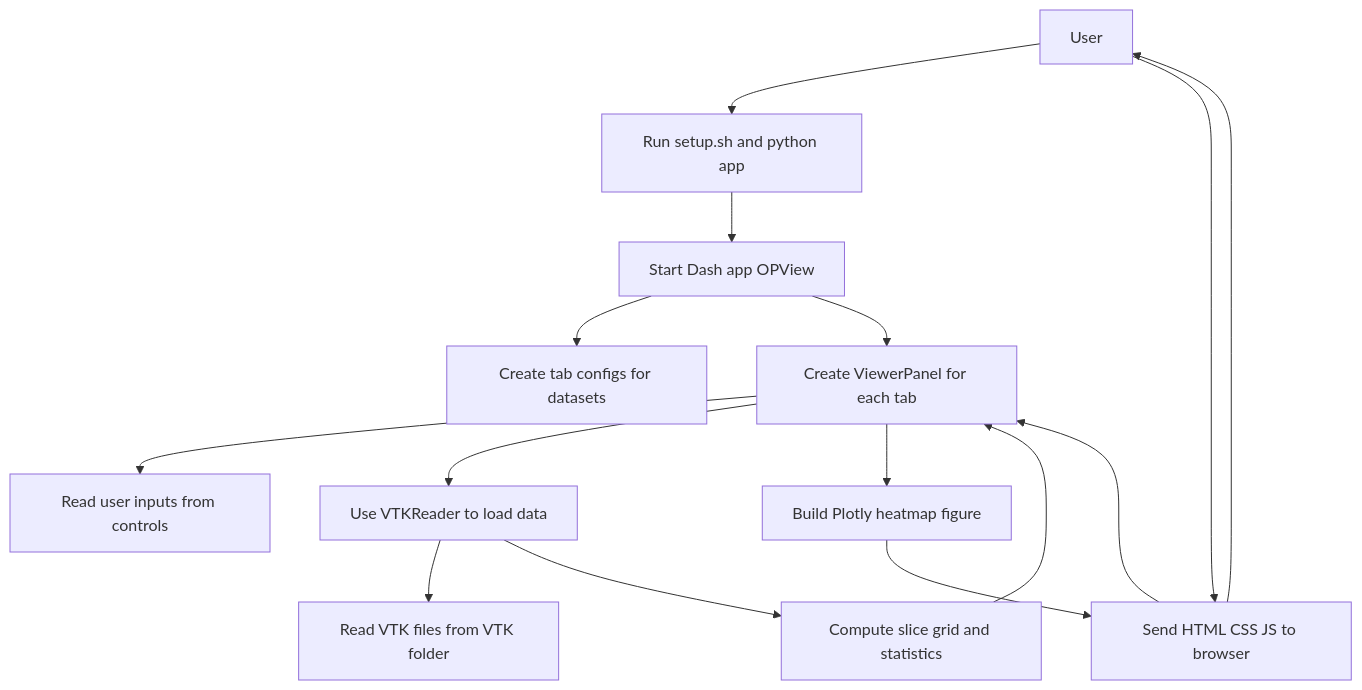
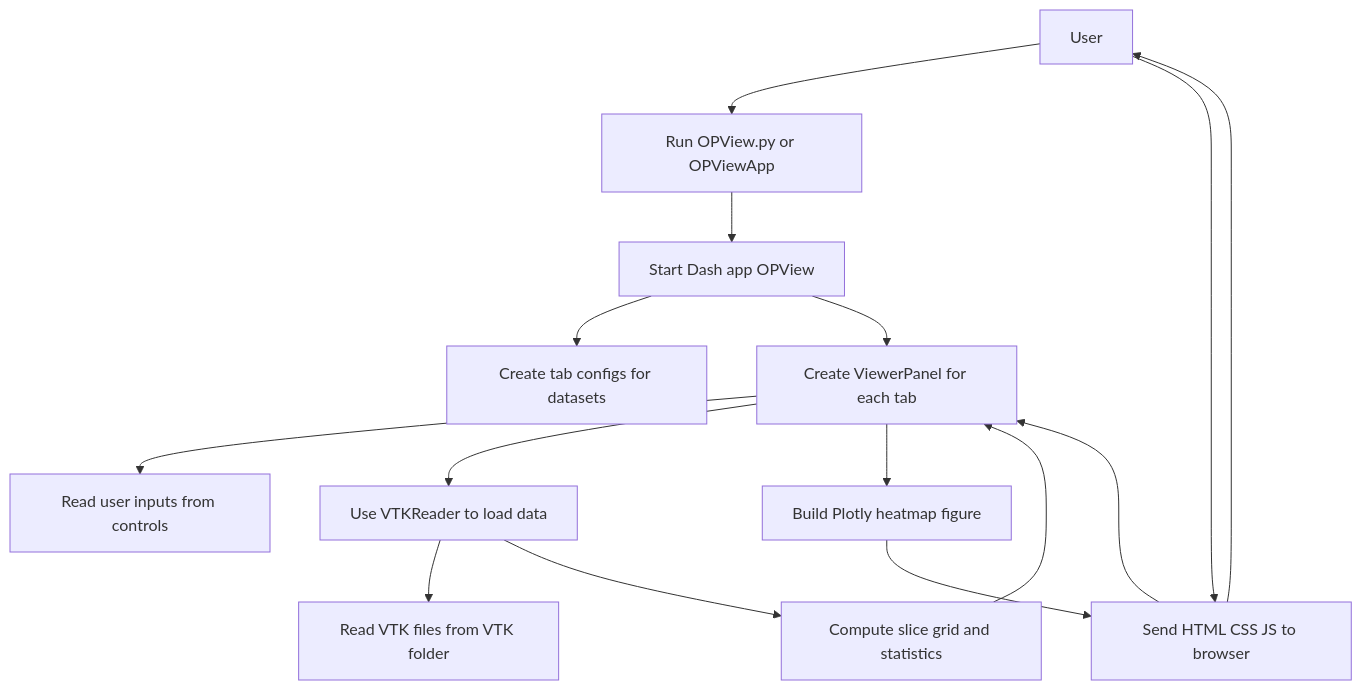
One commit to alimuh7x/OPView changed the diagram in TECH_STACK.md. Above: the diagram before and after it, drawn with Mermaid. The commit also changed other lines of this file and 29 other files, not shown here.

First line of the commit message:
Complete OPView architecture refactoring and modularization

````diff
--- a/TECH_STACK.md
+++ b/TECH_STACK.md
@@ -16,21 +39,21 @@
 ```mermaid
 flowchart TD
-  U[User] --> T[Run setup.sh and python app]
+  U[User] --> T[Run OPView.py or OPViewApp]
 
   T --> D[Start Dash app OPView]
   D --> C[Create tab configs for datasets]
   D --> VP[Create ViewerPanel for each tab]
 
   VP --> S[Read user inputs from controls]
   VP --> R[Use VTKReader to load data]
   R --> F[Read VTK files from VTK folder]
   R --> G[Compute slice grid and statistics]
   G --> VP
 
   VP --> P[Build Plotly heatmap figure]
   P --> B[Send HTML CSS JS to browser]
   B --> U
 
   U --> B
   B --> VP
 ```
````
